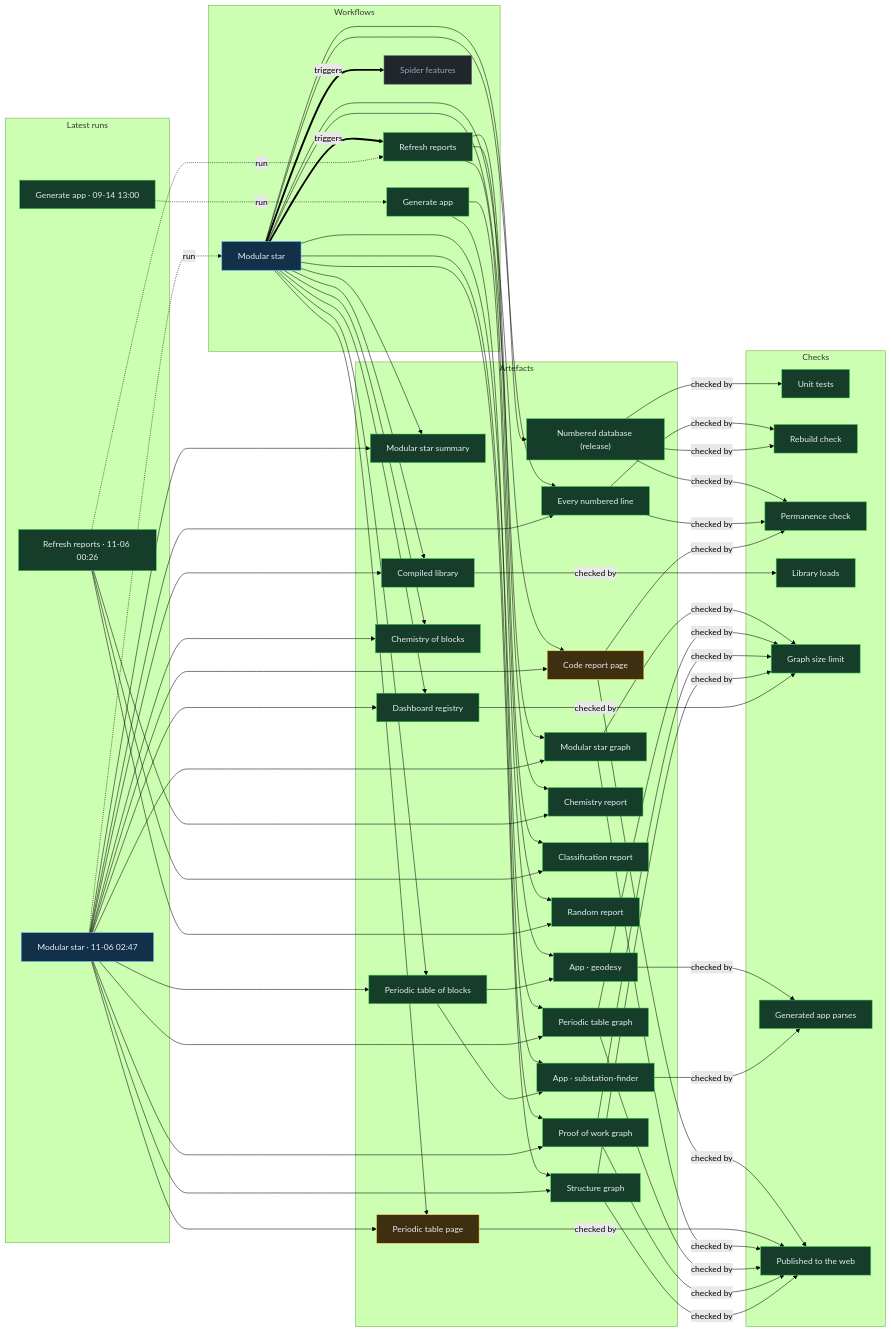
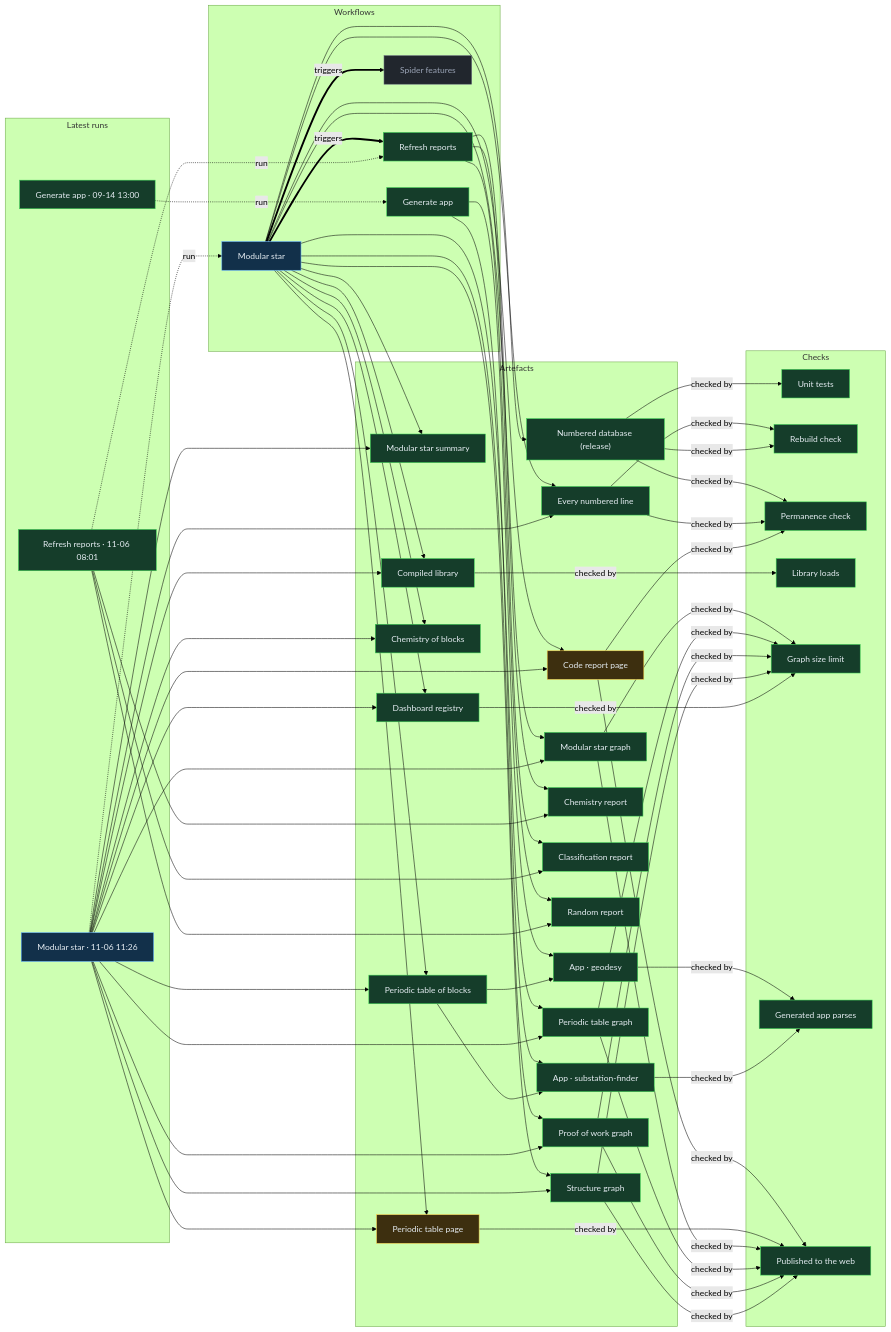
Before and after one commit to Ventusltd/stars: the diagram in proof/PROOF.md, drawn with Mermaid (forest theme). The commit also changed other lines of this file and 51 other files, not shown here.

Commit message:
Modular star 2026-11-06T11:28Z

```diff
--- a/proof/PROOF.md
+++ b/proof/PROOF.md
@@ -24,8 +24,8 @@
   n_wf_spider_features["Spider features"]:::off
   end
   subgraph g_runs["Latest runs"]
-  n_run_42152550715["Modular star · 11-06 02:47"]:::live
-  n_run_42136809953["Refresh reports · 11-06 00:26"]:::ok
+  n_run_42210238053["Modular star · 11-06 11:26"]:::live
+  n_run_42184789906["Refresh reports · 11-06 08:01"]:::ok
   n_run_34846587798["Generate app · 09-14 13:00"]:::ok
   end
   subgraph g_artefacts["Artefacts"]
@@ -59,39 +59,39 @@
   end
   n_wf_modular_star == triggers ==> n_wf_refresh
   n_wf_modular_star == triggers ==> n_wf_spider_features
-  n_run_42152550715 -. run .-> n_wf_modular_star
-  n_run_42136809953 -. run .-> n_wf_refresh
+  n_run_42210238053 -. run .-> n_wf_modular_star
+  n_run_42184789906 -. run .-> n_wf_refresh
   n_run_34846587798 -. run .-> n_wf_generate
   n_wf_modular_star --> n_art_summary
-  n_run_42152550715 --> n_art_summary
+  n_run_42210238053 --> n_art_summary
   n_wf_modular_star --> n_art_lines
-  n_run_42152550715 --> n_art_lines
+  n_run_42210238053 --> n_art_lines
   n_wf_modular_star --> n_art_code
-  n_run_42152550715 --> n_art_code
+  n_run_42210238053 --> n_art_code
   n_wf_modular_star --> n_art_modular_graph
-  n_run_42152550715 --> n_art_modular_graph
+  n_run_42210238053 --> n_art_modular_graph
   n_wf_modular_star --> n_art_blocks
-  n_run_42152550715 --> n_art_blocks
+  n_run_42210238053 --> n_art_blocks
   n_wf_modular_star --> n_art_table
-  n_run_42152550715 --> n_art_table
+  n_run_42210238053 --> n_art_table
   n_wf_modular_star --> n_art_blocks_graph
-  n_run_42152550715 --> n_art_blocks_graph
+  n_run_42210238053 --> n_art_blocks_graph
   n_wf_modular_star --> n_art_reactions
-  n_run_42152550715 --> n_art_reactions
+  n_run_42210238053 --> n_art_reactions
   n_wf_modular_star --> n_art_library
-  n_run_42152550715 --> n_art_library
+  n_run_42210238053 --> n_art_library
   n_wf_modular_star --> n_art_features
-  n_run_42152550715 --> n_art_features
+  n_run_42210238053 --> n_art_features
   n_wf_modular_star --> n_art_proof
-  n_run_42152550715 --> n_art_proof
+  n_run_42210238053 --> n_art_proof
   n_wf_modular_star --> n_art_structure
-  n_run_42152550715 --> n_art_structure
+  n_run_42210238053 --> n_art_structure
   n_wf_refresh --> n_art_chemistry
-  n_run_42136809953 --> n_art_chemistry
+  n_run_42184789906 --> n_art_chemistry
   n_wf_refresh --> n_art_vedic
-  n_run_42136809953 --> n_art_vedic
+  n_run_42184789906 --> n_art_vedic
   n_wf_refresh --> n_art_random
-  n_run_42136809953 --> n_art_random
+  n_run_42184789906 --> n_art_random
   n_wf_modular_star --> n_art_release
   n_wf_generate --> n_app_geodesy
   n_art_blocks --> n_app_geodesy
```
